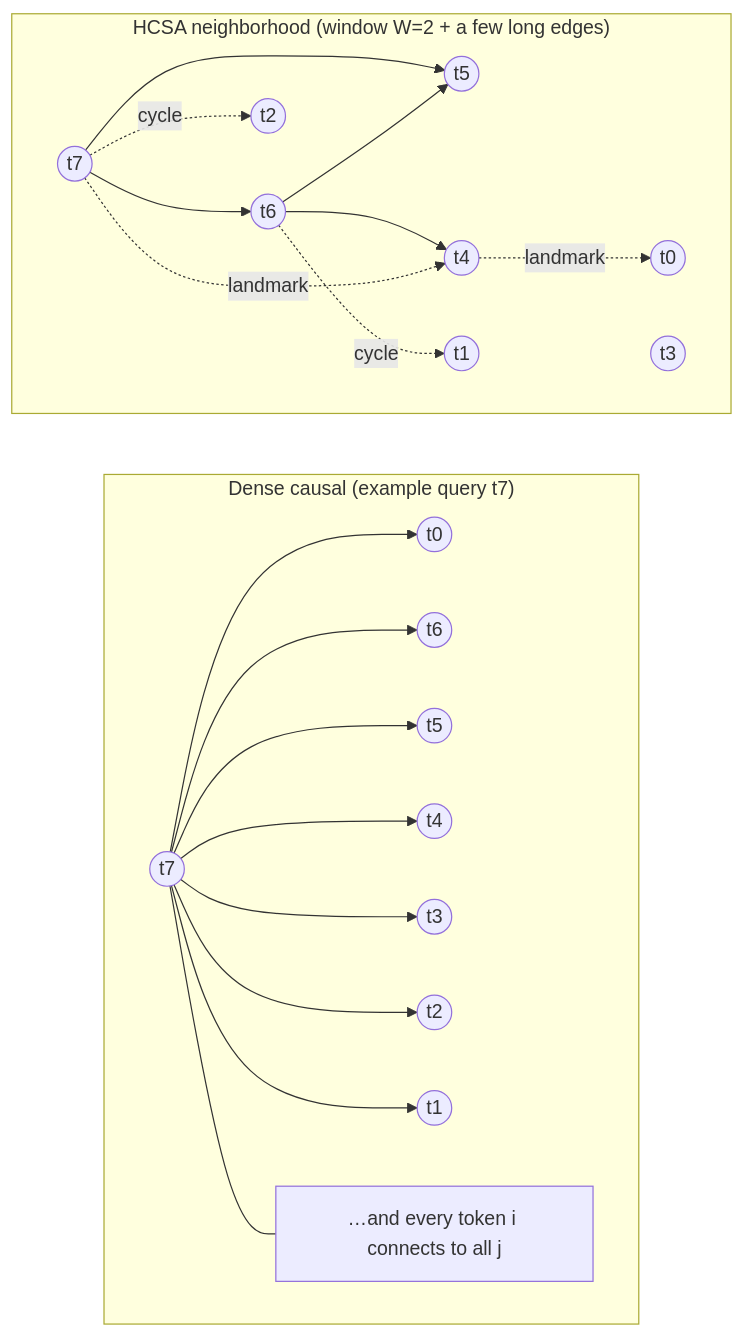
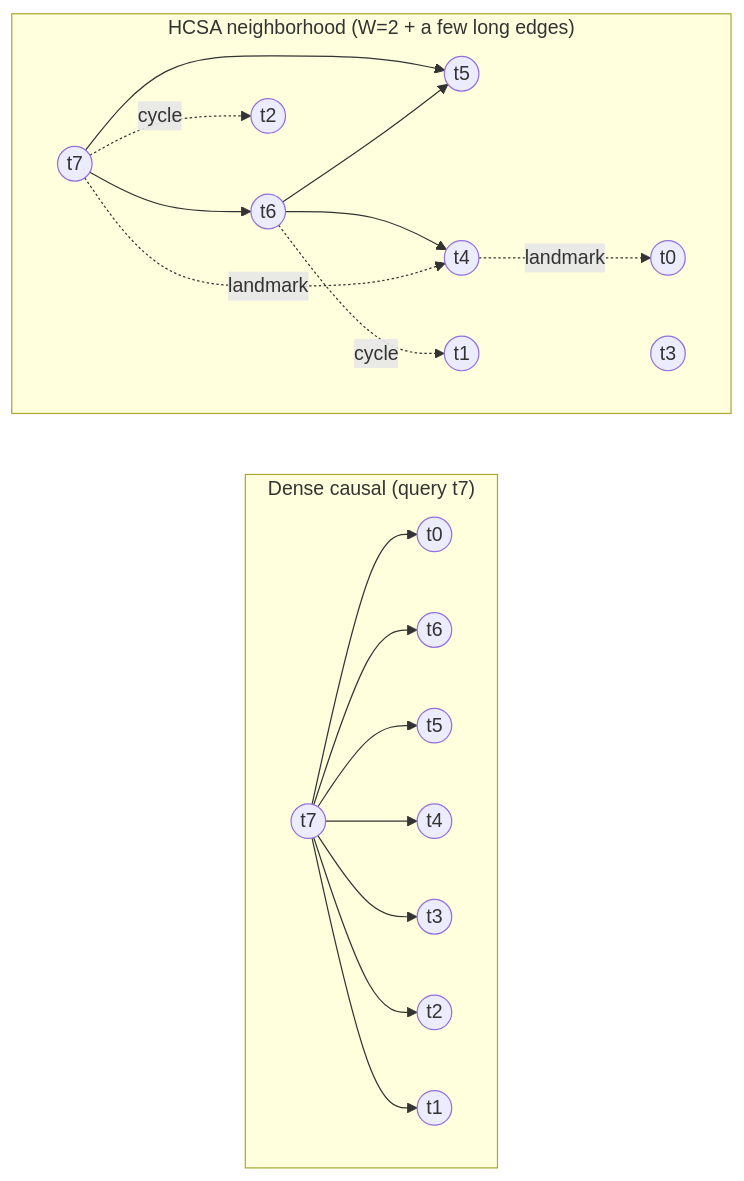
Before and after one commit to Hmbown/Butterfly: the diagram in README.md, drawn with Mermaid. The commit also changed other lines of this file, not shown here.

Commit message:
README: prettier dense vs sparse diagram

````diff
--- a/README.md
+++ b/README.md
@@ -11,48 +11,47 @@
 ```mermaid
+%%{init: {'flowchart': {'curve': 'basis'}}}%%
 flowchart LR
-  subgraph D["Dense causal (example query t7)"]
+  subgraph D["Dense causal (query t7)"]
     direction LR
     d0((t0))
     d1((t1))
     d2((t2))
     d3((t3))
     d4((t4))
     d5((t5))
     d6((t6))
     d7((t7))
 
     d7 --> d6
     d7 --> d5
     d7 --> d4
     d7 --> d3
     d7 --> d2
     d7 --> d1
     d7 --> d0
-    nD["…and every token i connects to all j<i"]
-    d7 --- nD
   end
 
-  subgraph S["HCSA neighborhood (window W=2 + a few long edges)"]
+  subgraph S["HCSA neighborhood (W=2 + a few long edges)"]
     direction LR
     s0((t0))
     s1((t1))
     s2((t2))
     s3((t3))
     s4((t4))
     s5((t5))
     s6((t6))
     s7((t7))
 
     %% local window
     s7 --> s6
     s7 --> s5
     s6 --> s5
     s6 --> s4
 
-    %% sparse long edges (cycle + landmarks are examples)
+    %% sparse long edges (examples)
     s7 -. cycle .-> s2
     s7 -. landmark .-> s4
     s6 -. cycle .-> s1
     s4 -. landmark .-> s0
   end
 ```
````
